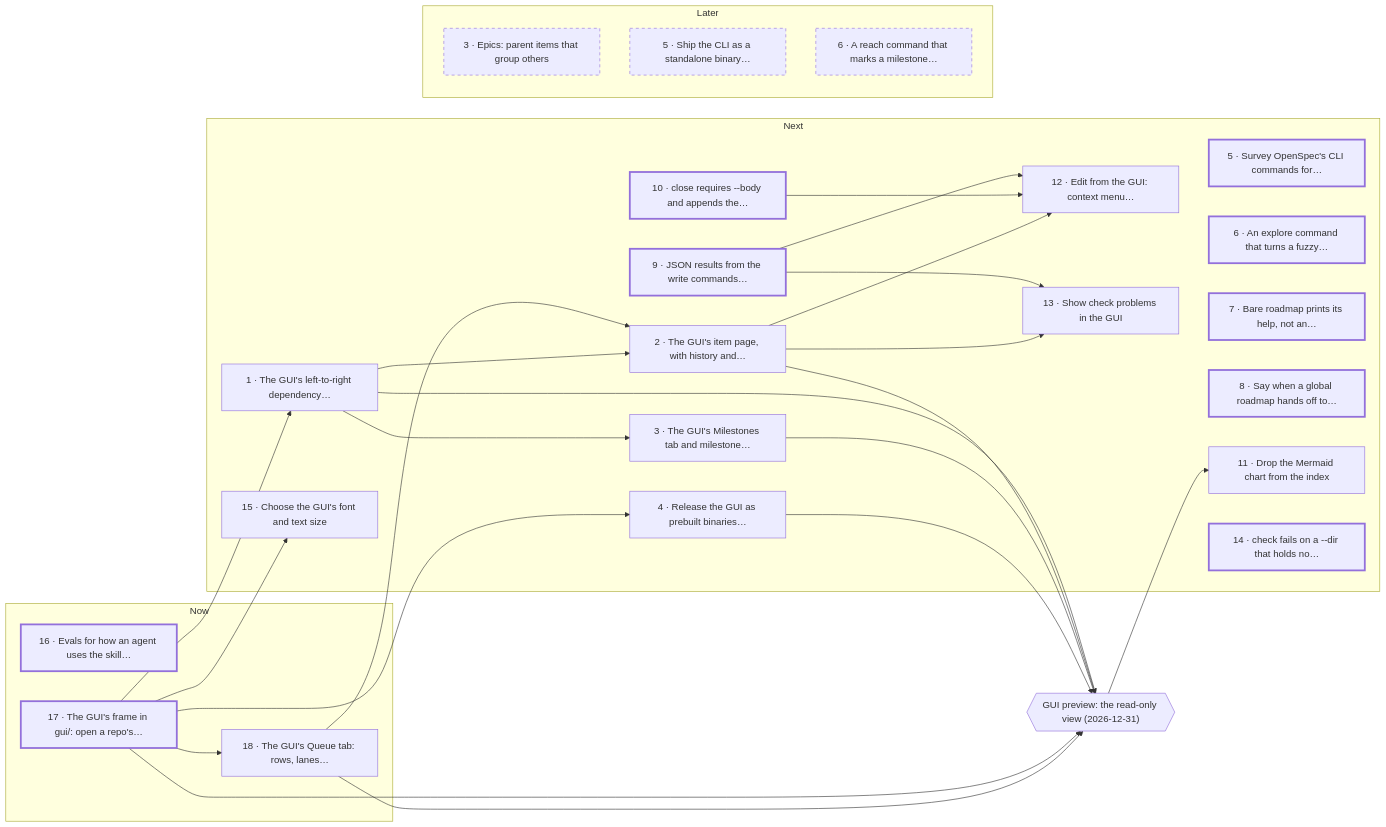
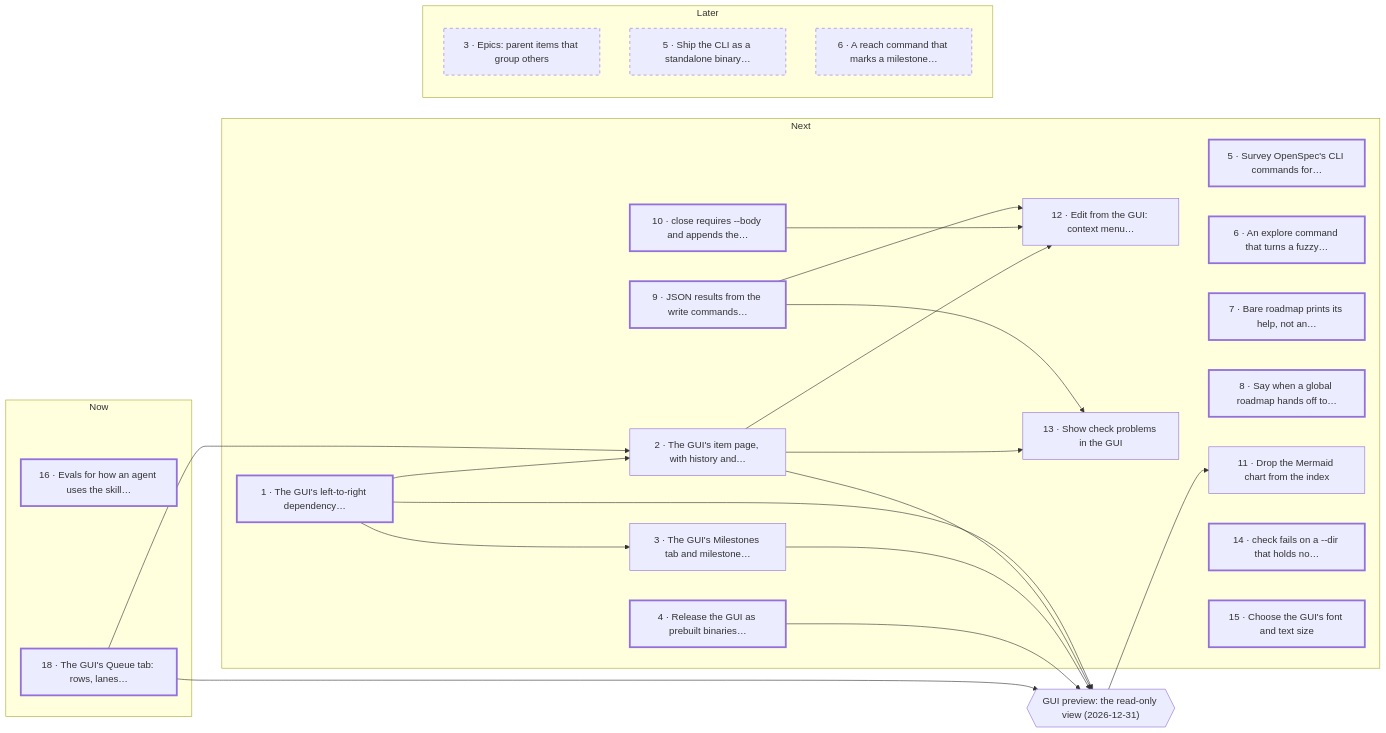
Before and after one commit to carby/simple-agentic-roadmap-skill: the diagram in roadmap/README.md, drawn with Mermaid. The commit also changed other lines of this file and 2 other files, not shown here.

Commit message:
docs(roadmap): close gui-scaffold as #44

````diff
--- a/roadmap/README.md
+++ b/roadmap/README.md
@@ -42,55 +42,49 @@
 ```mermaid
 flowchart LR
   subgraph b_now ["Now"]
     i_agent_behaviour_evals["16 · Evals for how an agent uses the skill…"]
-    i_gui_scaffold["17 · The GUI's frame in gui/: open a repo's…"]
     i_gui_queue["18 · The GUI's Queue tab: rows, lanes…"]
   end
   subgraph b_next ["Next"]
     i_gui_dependency_graph["1 · The GUI's left-to-right dependency…"]
     i_gui_item_page["2 · The GUI's item page, with history and…"]
     i_gui_milestones["3 · The GUI's Milestones tab and milestone…"]
     i_gui_release["4 · Release the GUI as prebuilt binaries…"]
     i_openspec_command_parity["5 · Survey OpenSpec's CLI commands for…"]
     i_explore_command["6 · An explore command that turns a fuzzy…"]
     i_help_without_command["7 · Bare roadmap prints its help, not an…"]
     i_handoff_override["8 · Say when a global roadmap hands off to…"]
     i_json_write_results["9 · JSON results from the write commands…"]
     i_close_body["10 · close requires --body and appends the…"]
     i_drop_mermaid["11 · Drop the Mermaid chart from the index"]
     i_gui_editing["12 · Edit from the GUI: context menu…"]
     i_gui_check_panel["13 · Show check problems in the GUI"]
     i_check_missing_dir["14 · check fails on a --dir that holds no…"]
     i_gui_font["15 · Choose the GUI's font and text size"]
   end
   subgraph b_later ["Later"]
     i_epics["3 · Epics: parent items that group others"]
     i_standalone_binary["5 · Ship the CLI as a standalone binary…"]
     i_reach_command["6 · A reach command that marks a milestone…"]
   end
   b_now ~~~ b_next ~~~ b_later
-  i_gui_scaffold --> i_gui_queue
-  i_gui_scaffold --> i_gui_dependency_graph
   i_gui_queue --> i_gui_item_page
   i_gui_dependency_graph --> i_gui_item_page
   i_gui_dependency_graph --> i_gui_milestones
-  i_gui_scaffold --> i_gui_release
   i_json_write_results --> i_gui_editing
   i_close_body --> i_gui_editing
   i_gui_item_page --> i_gui_editing
   i_json_write_results --> i_gui_check_panel
   i_gui_item_page --> i_gui_check_panel
-  i_gui_scaffold --> i_gui_font
   m_gui_preview{{"GUI preview: the read-only view (2026-12-31)"}}
-  i_gui_scaffold --> m_gui_preview
   i_gui_queue --> m_gui_preview
   i_gui_dependency_graph --> m_gui_preview
   i_gui_item_page --> m_gui_preview
   i_gui_milestones --> m_gui_preview
   i_gui_release --> m_gui_preview
   m_gui_preview --> i_drop_mermaid
   classDef ready stroke-width: 3px
-  class i_agent_behaviour_evals,i_gui_scaffold,i_openspec_command_parity,i_explore_command,i_help_without_command,i_handoff_override,i_json_write_results,i_close_body,i_check_missing_dir ready
+  class i_agent_behaviour_evals,i_gui_queue,i_gui_dependency_graph,i_gui_release,i_openspec_command_parity,i_explore_command,i_help_without_command,i_handoff_override,i_json_write_results,i_close_body,i_check_missing_dir,i_gui_font ready
   classDef later stroke-dasharray: 5 5
   class i_epics,i_standalone_binary,i_reach_command later
 ```
````
